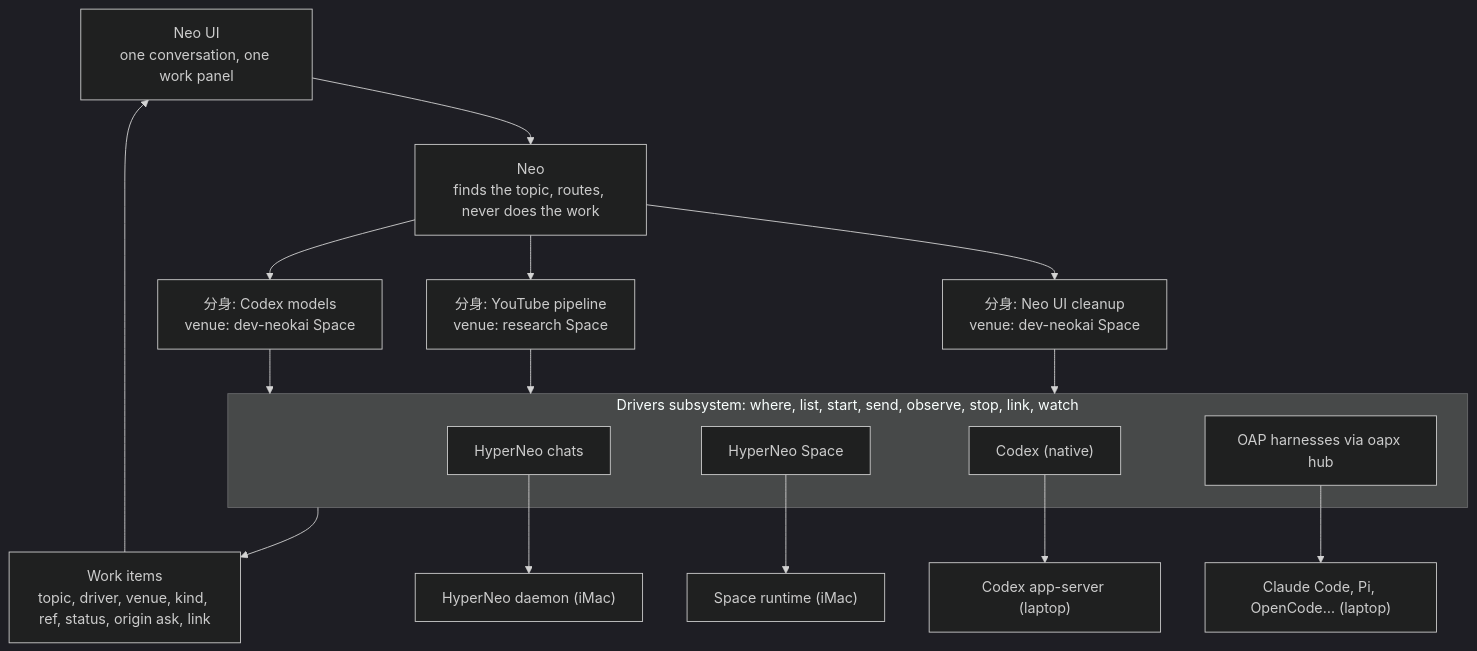
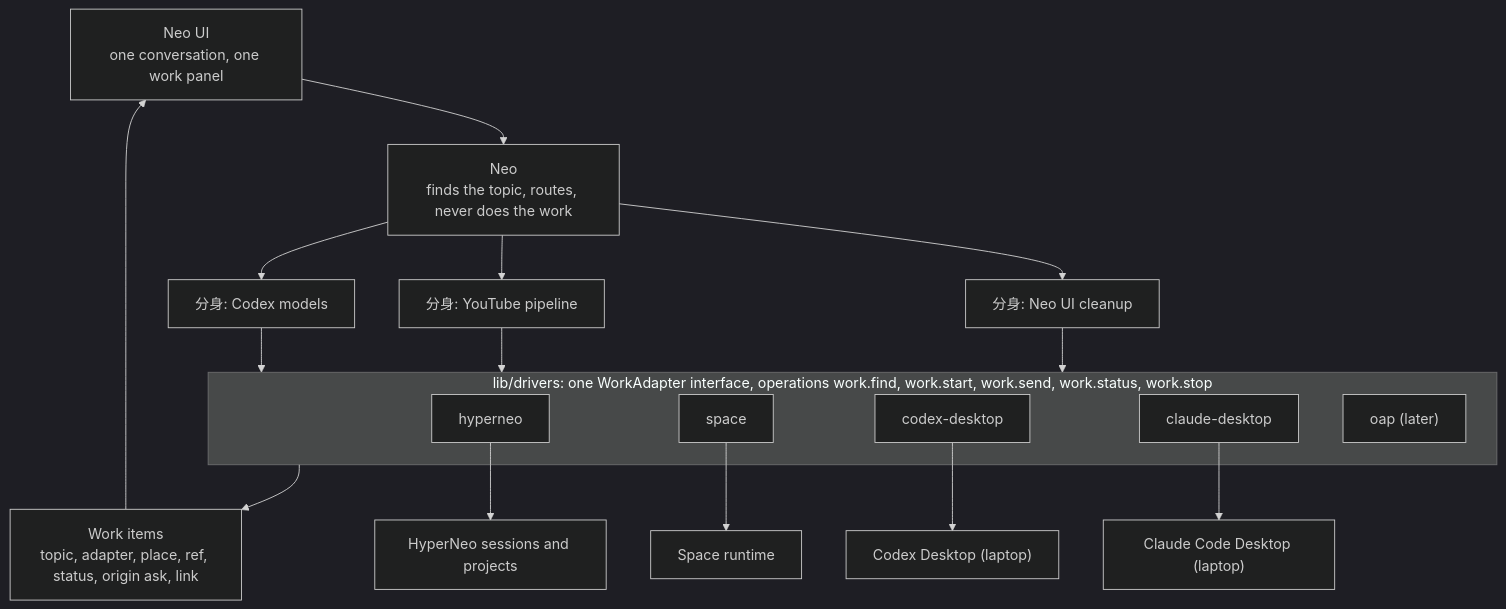
The first of 11 diagrams in docs/architecture/neo-driver-model.md (lsm/HyperNeo), drawn with Mermaid (dark theme) before and after one commit. The commit also changed other lines of this file, not shown here.

First line of the commit message:
docs: revise the Neo driver model around swappable adapters

````diff
--- a/docs/architecture/neo-driver-model.md
+++ b/docs/architecture/neo-driver-model.md
@@ -26,22 +27,23 @@
 ```mermaid
 flowchart TD
   UI["Neo UI<br/>one conversation, one work panel"] --> Neo["Neo<br/>finds the topic, routes, never does the work"]
-  Neo --> H1["分身: Neo UI cleanup<br/>venue: dev-neokai Space"]
-  Neo --> H2["分身: YouTube pipeline<br/>venue: research Space"]
-  Neo --> H3["分身: Codex models<br/>venue: dev-neokai Space"]
-  subgraph Drivers["Drivers subsystem: where, list, start, send, observe, stop, link, watch"]
-    D1["HyperNeo chats"]
-    D2["HyperNeo Space"]
-    D3["Codex (native)"]
-    D4["OAP harnesses via oapx hub"]
+  Neo --> H1["分身: Neo UI cleanup"]
+  Neo --> H2["分身: YouTube pipeline"]
+  Neo --> H3["分身: Codex models"]
+  subgraph Drivers["lib/drivers: one WorkAdapter interface, operations work.find, work.start, work.send, work.status, work.stop"]
+    A1["hyperneo"]
+    A2["space"]
+    A3["codex-desktop"]
+    A4["claude-desktop"]
+    A5["oap (later)"]
   end
   H1 --> Drivers
   H2 --> Drivers
   H3 --> Drivers
-  D1 --> B1["HyperNeo daemon (iMac)"]
-  D2 --> B2["Space runtime (iMac)"]
-  D3 --> B3["Codex app-server (laptop)"]
-  D4 --> B4["Claude Code, Pi, OpenCode… (laptop)"]
-  Drivers --> W["Work items<br/>topic, driver, venue, kind, ref, status, origin ask, link"]
+  A1 --> B1["HyperNeo sessions and projects"]
+  A2 --> B2["Space runtime"]
+  A3 --> B3["Codex Desktop (laptop)"]
+  A4 --> B4["Claude Code Desktop (laptop)"]
+  Drivers --> W["Work items<br/>topic, adapter, place, ref, status, origin ask, link"]
   W --> UI
 ```
````
